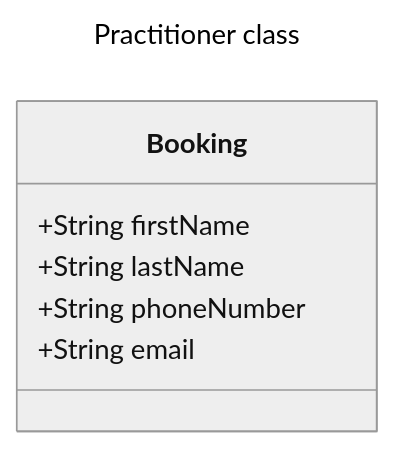
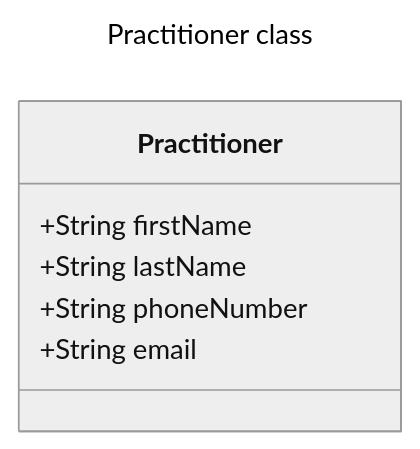
One commit to dkittle/Jane-clinic-exercise changed the fifth of 6 diagrams in docs/Entities.md. Above: the diagram before and after it, drawn with Mermaid (neutral theme). The commit also changed other lines of this file, not shown here.

Commit message:
Copy/pasta error on class diagrams

````diff
--- a/docs/Entities.md
+++ b/docs/Entities.md
@@ -64,12 +64,12 @@
 ```mermaid
 ---
 title: Practitioner class
 ---
 classDiagram
-    class Booking{
+    class Practitioner{
         +String firstName
         +String lastName
         +String phoneNumber
         +String email
     }
 ```
````
